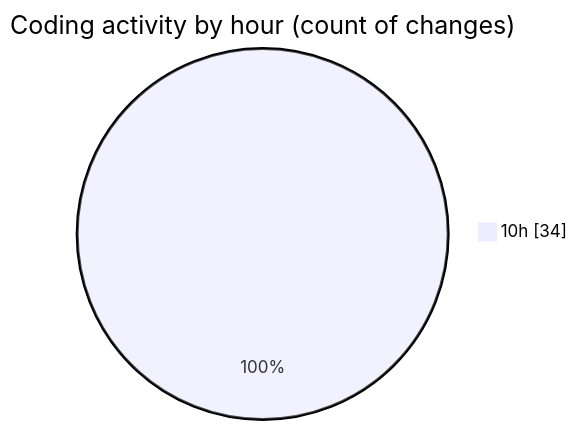
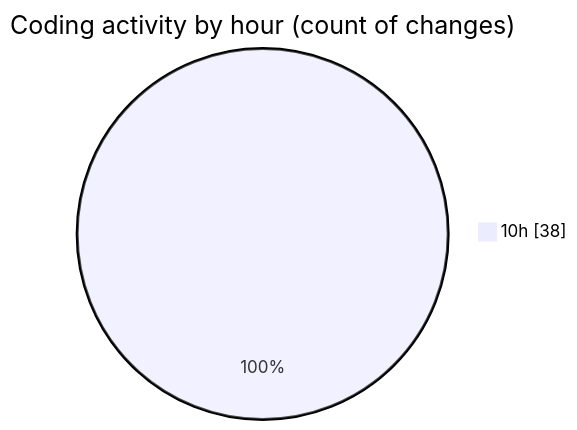
The second of 2 diagrams in 2025-08-28/cda/README.md (momahboobian/code-tracking), drawn with Mermaid before and after one commit. The commit also changed other lines of this file and 1 other file, not shown here.

````diff
--- a/2025-08-28/cda/README.md
+++ b/2025-08-28/cda/README.md
@@ -30,5 +30,5 @@
 ```mermaid
 pie showData
 title Coding activity by hour (count of changes)
-"10h" : 34
+"10h" : 38
 ```
````
